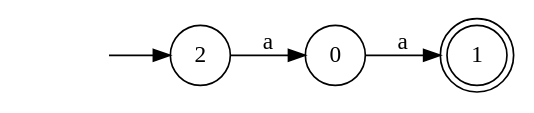
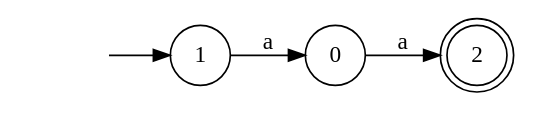
Before and after one commit to Faymiaouent/Automa4U: the diagram in dotfiles/DFA27.dot, drawn with Graphviz. The commit also changed 100 other files, not shown here.

```diff
--- a/dotfiles/DFA27.dot
+++ b/dotfiles/DFA27.dot
@@ -1,10 +1,10 @@
 digraph Automaton {
   rankdir = LR;
 node [shape=circle];
-  0 -> 1 [label="a"];
-1 [shape=doublecircle]; 
+  0 -> 2 [label="a"];
 node [shape=circle];
   initial [shape=plaintext,label=""];
-  initial -> 2
-  2 -> 0 [label="a"];
+  initial -> 1
+  1 -> 0 [label="a"];
+2 [shape=doublecircle]; 
 }
```
